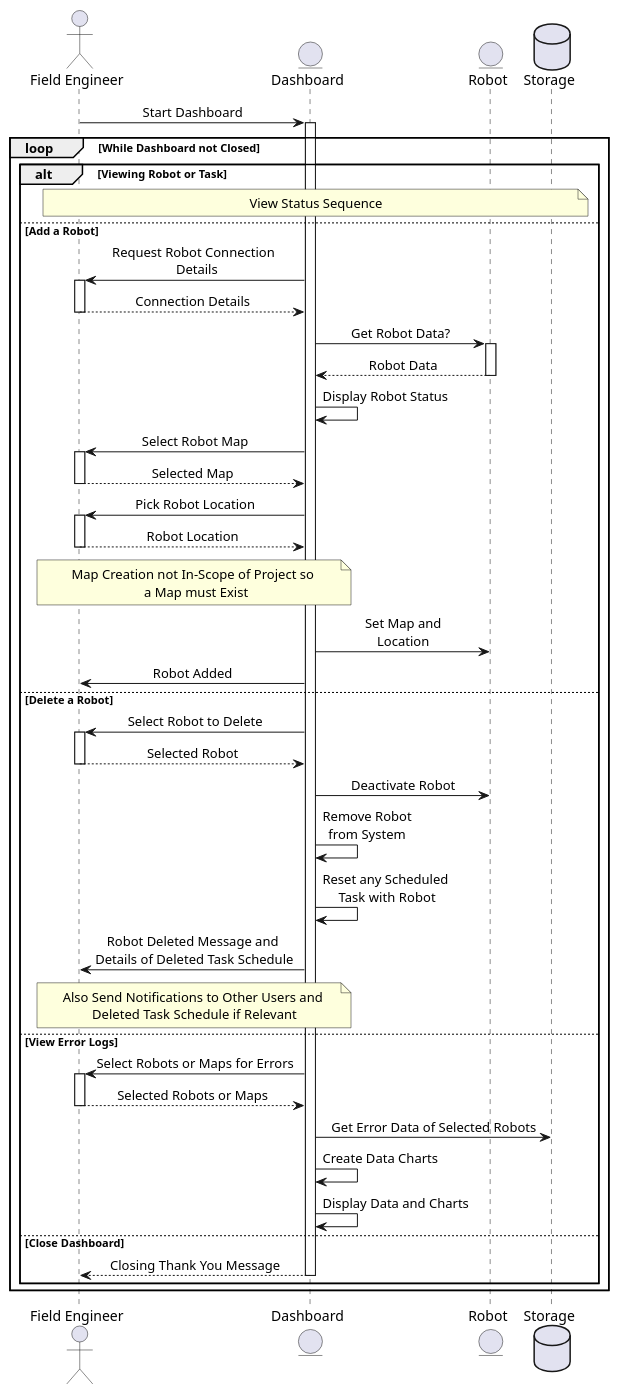
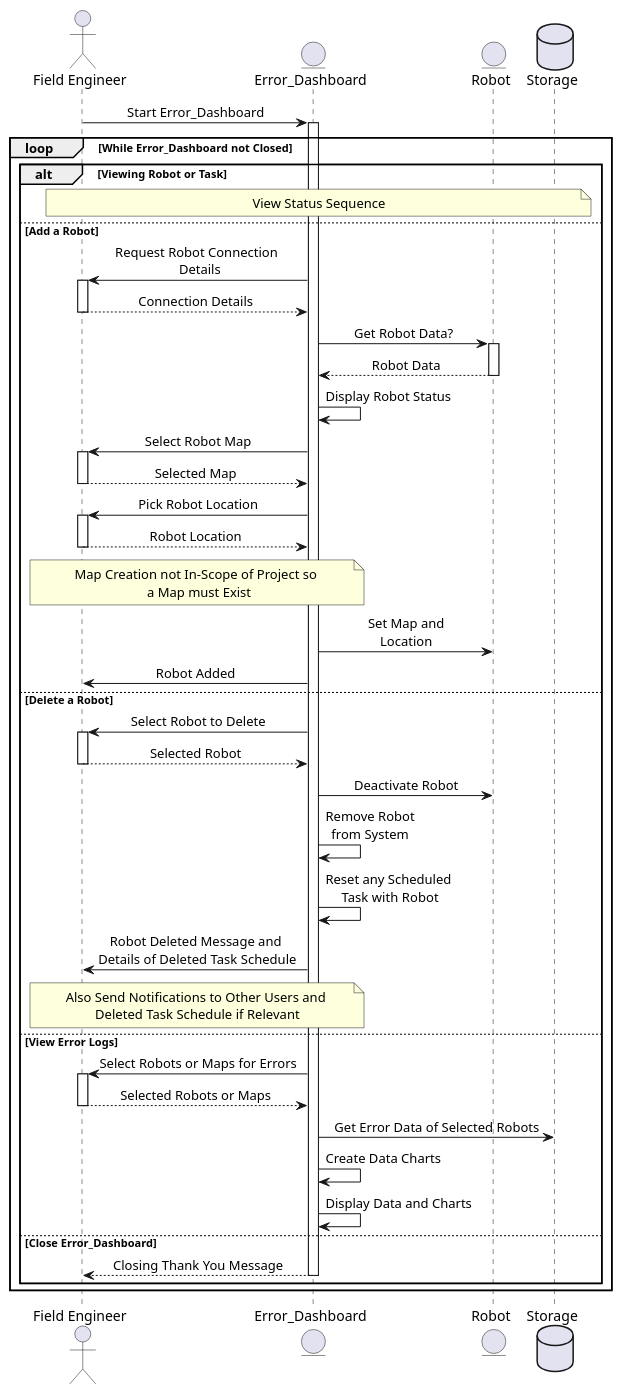
The diagram in docs/design/modeling_diagrams/sequence_diagrams/field_engineer.puml (ur-swe-fa24/main-project-snoopy-corp), drawn with PlantUML before and after one commit. The commit also changed 7 other files, not shown here.

```diff
--- a/docs/design/modeling_diagrams/sequence_diagrams/field_engineer.puml
+++ b/docs/design/modeling_diagrams/sequence_diagrams/field_engineer.puml
@@ -1,53 +1,53 @@
 @startuml field_engineer
 
 skinparam sequenceMessageAlign center
 skinparam NoteTextAlignment center
 actor Field_Engineer as "Field Engineer"
-entity Dashboard
+entity Error_Dashboard
 entity Robot
 database Storage
 
-Field_Engineer -> Dashboard: Start Dashboard
-activate Dashboard
-loop While Dashboard not Closed
+Field_Engineer -> Error_Dashboard: Start Error_Dashboard
+activate Error_Dashboard
+loop While Error_Dashboard not Closed
 alt Viewing Robot or Task
     note across: View Status Sequence
 else Add a Robot
-    Dashboard -> Field_Engineer: Request Robot Connection \n Details
+    Error_Dashboard -> Field_Engineer: Request Robot Connection \n Details
     activate Field_Engineer
     return Connection Details
-    Dashboard -> Robot: Get Robot Data?
+    Error_Dashboard -> Robot: Get Robot Data?
     activate Robot
     return Robot Data
-    Dashboard -> Dashboard: Display Robot Status
-    Dashboard -> Field_Engineer: Select Robot Map
+    Error_Dashboard -> Error_Dashboard: Display Robot Status
+    Error_Dashboard -> Field_Engineer: Select Robot Map
     activate Field_Engineer
     return Selected Map
-    Dashboard -> Field_Engineer: Pick Robot Location
+    Error_Dashboard -> Field_Engineer: Pick Robot Location
     activate Field_Engineer
     return Robot Location
-    note over Field_Engineer, Dashboard: Map Creation not In-Scope of Project so \n a Map must Exist
-    Dashboard -> Robot: Set Map and\nLocation
-    Dashboard -> Field_Engineer: Robot Added
+    note over Field_Engineer, Error_Dashboard: Map Creation not In-Scope of Project so \n a Map must Exist
+    Error_Dashboard -> Robot: Set Map and\nLocation
+    Error_Dashboard -> Field_Engineer: Robot Added
 else Delete a Robot
-    Dashboard -> Field_Engineer: Select Robot to Delete
+    Error_Dashboard -> Field_Engineer: Select Robot to Delete
     activate Field_Engineer
     return Selected Robot
-    Dashboard -> Robot: Deactivate Robot
-    Dashboard -> Dashboard: Remove Robot\nfrom System
-    Dashboard -> Dashboard: Reset any Scheduled \nTask with Robot
-    Dashboard -> Field_Engineer: Robot Deleted Message and\n Details of Deleted Task Schedule
-    note over Field_Engineer, Dashboard: Also Send Notifications to Other Users and \nDeleted Task Schedule if Relevant
+    Error_Dashboard -> Robot: Deactivate Robot
+    Error_Dashboard -> Error_Dashboard: Remove Robot\nfrom System
+    Error_Dashboard -> Error_Dashboard: Reset any Scheduled \nTask with Robot
+    Error_Dashboard -> Field_Engineer: Robot Deleted Message and\n Details of Deleted Task Schedule
+    note over Field_Engineer, Error_Dashboard: Also Send Notifications to Other Users and \nDeleted Task Schedule if Relevant
 else View Error Logs
-    Dashboard -> Field_Engineer: Select Robots or Maps for Errors
+    Error_Dashboard -> Field_Engineer: Select Robots or Maps for Errors
     activate Field_Engineer
     return Selected Robots or Maps
-    Dashboard -> Storage: Get Error Data of Selected Robots
-    Dashboard -> Dashboard: Create Data Charts
-    Dashboard -> Dashboard: Display Data and Charts
-else Close Dashboard
+    Error_Dashboard -> Storage: Get Error Data of Selected Robots
+    Error_Dashboard -> Error_Dashboard: Create Data Charts
+    Error_Dashboard -> Error_Dashboard: Display Data and Charts
+else Close Error_Dashboard
     return Closing Thank You Message
 end
 end
 
 @enduml
```
